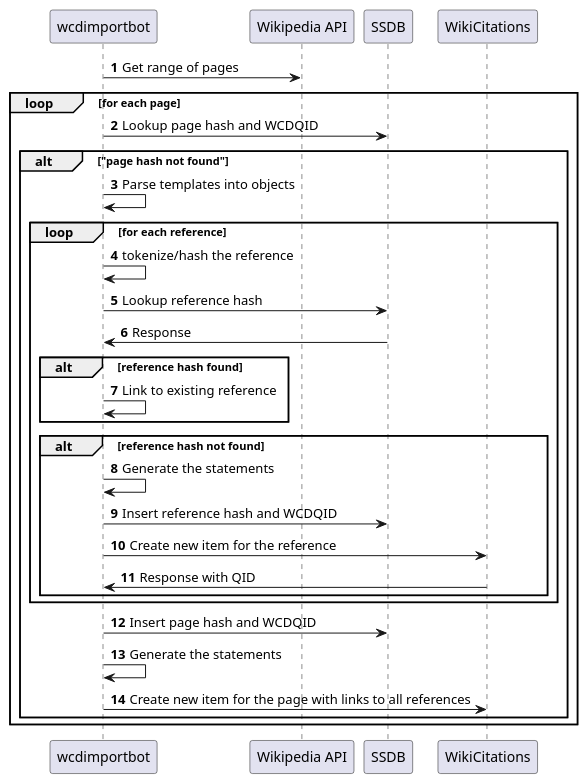
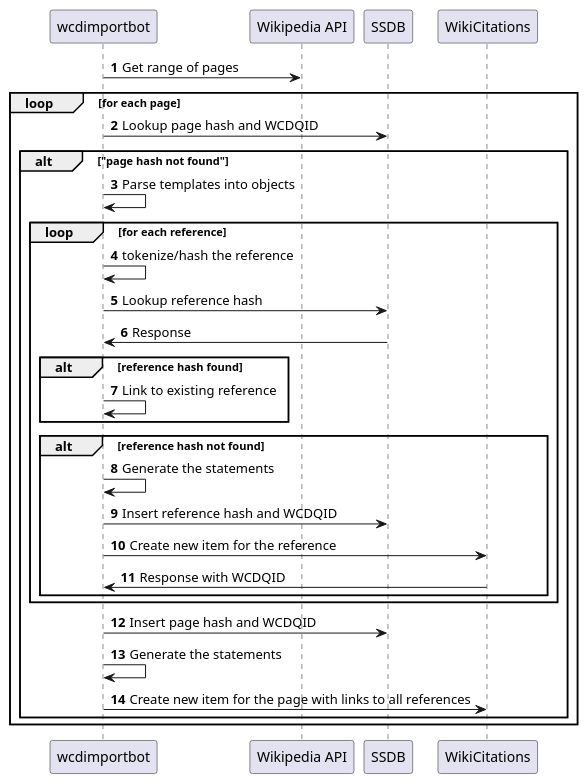
One commit to internetarchive/iari changed the diagram in diagrams/sequence_first_pass.puml. Above: the diagram before and after it, drawn with PlantUML.

Commit message:
Update diagram

```diff
--- a/diagrams/sequence_first_pass.puml
+++ b/diagrams/sequence_first_pass.puml
@@ -1,29 +1,29 @@
 @startuml
 'https://plantuml.com/sequence-diagram
 
 autonumber
 wcdimportbot -> "Wikipedia API": Get range of pages
 loop for each page
     wcdimportbot -> SSDB: Lookup page hash and WCDQID
     alt "page hash not found"
         wcdimportbot -> wcdimportbot: Parse templates into objects
         loop for each reference
             wcdimportbot -> wcdimportbot: tokenize/hash the reference
             wcdimportbot -> SSDB: Lookup reference hash
             SSDB -> wcdimportbot: Response
             alt reference hash found
                 wcdimportbot -> wcdimportbot: Link to existing reference
             end
             alt reference hash not found
                 wcdimportbot -> wcdimportbot: Generate the statements
                 wcdimportbot -> SSDB: Insert reference hash and WCDQID
                 wcdimportbot -> WikiCitations: Create new item for the reference
-                WikiCitations -> wcdimportbot: Response with QID
+                WikiCitations -> wcdimportbot: Response with WCDQID
             end
         end
         wcdimportbot -> SSDB: Insert page hash and WCDQID
         wcdimportbot -> wcdimportbot: Generate the statements
         wcdimportbot -> WikiCitations: Create new item for the page with links to all references
     end
 end
 @enduml
```
